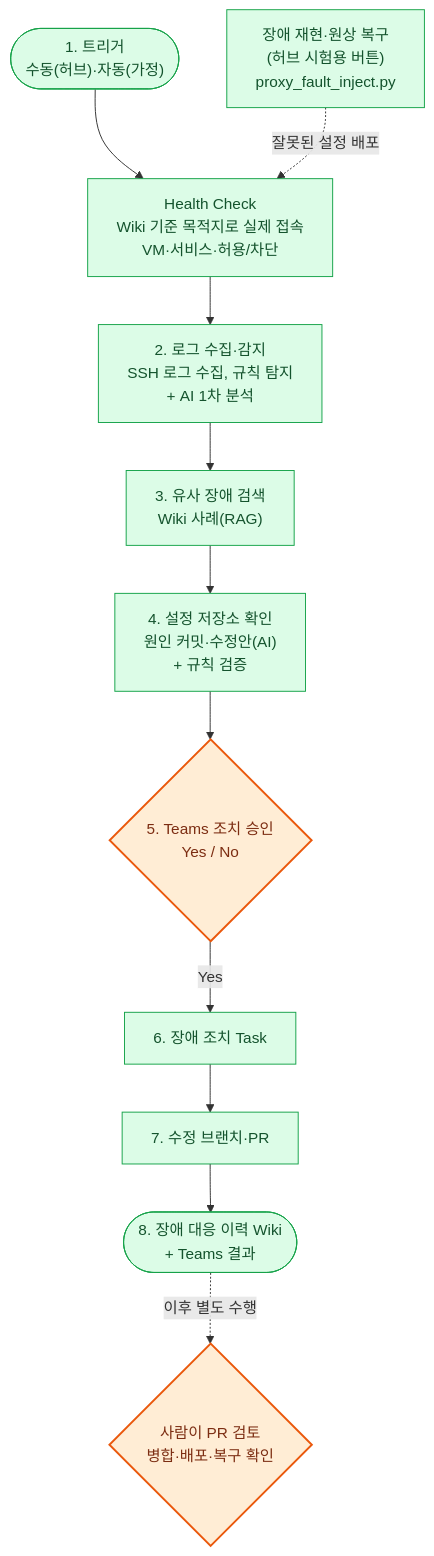
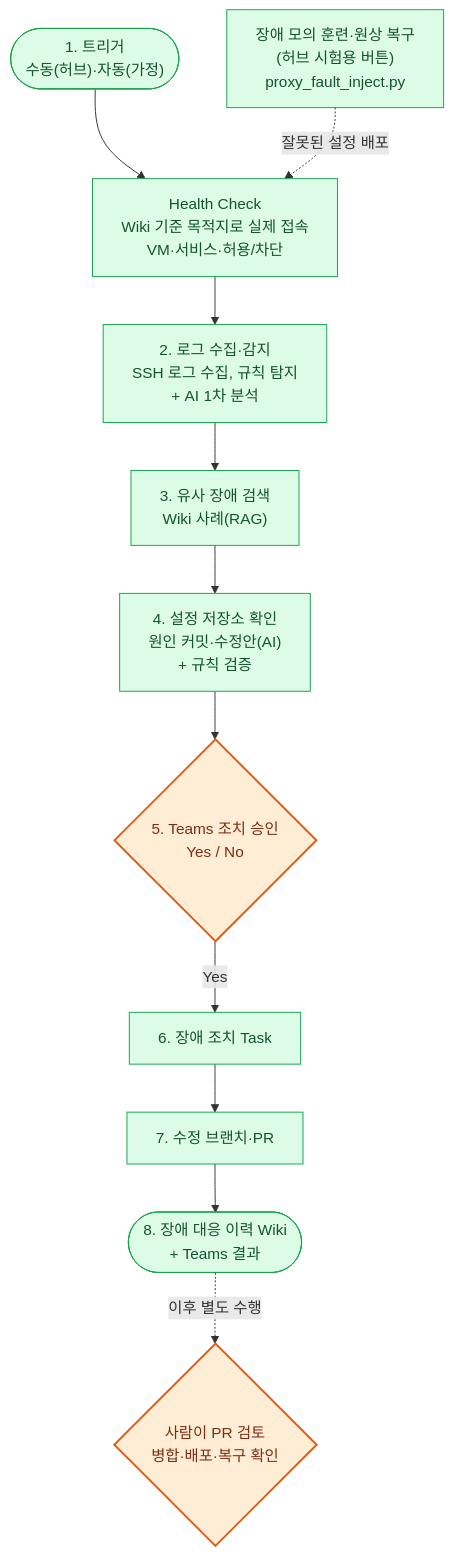
One commit to pcmola/ai-master changed the third of 10 diagrams in README.md. Above: the diagram before and after it, drawn with Mermaid. The commit also changed other lines of this file and 5 other files, not shown here.

````diff
--- a/README.md
+++ b/README.md
@@ -311,18 +311,18 @@
 ```mermaid
 flowchart TD
     t(["1. 트리거<br/>수동(허브)·자동(가정)"]) --> hc["Health Check<br/>Wiki 기준 목적지로 실제 접속<br/>VM·서비스·허용/차단"]
     hc --> d["2. 로그 수집·감지<br/>SSH 로그 수집, 규칙 탐지<br/>+ AI 1차 분석"]
     d --> sim["3. 유사 장애 검색<br/>Wiki 사례(RAG)"]
     sim --> src["4. 설정 저장소 확인<br/>원인 커밋·수정안(AI)<br/>+ 규칙 검증"]
     src --> ap{"5. Teams 조치 승인<br/>Yes / No"}
     ap -- "Yes" --> task["6. 장애 조치 Task"]
     task --> pr["7. 수정 브랜치·PR"]
     pr --> hist(["8. 장애 대응 이력 Wiki<br/>+ Teams 결과"])
     hist -. "이후 별도 수행" .-> review{"사람이 PR 검토<br/>병합·배포·복구 확인"}
-    inj["장애 재현·원상 복구<br/>(허브 시험용 버튼)<br/>proxy_fault_inject.py"] -. "잘못된 설정 배포" .-> hc
+    inj["장애 모의 훈련·원상 복구<br/>(허브 시험용 버튼)<br/>proxy_fault_inject.py"] -. "잘못된 설정 배포" .-> hc
 
     classDef done fill:#DCFCE7,stroke:#16A34A,color:#14532D
     classDef user fill:#FFEDD5,stroke:#EA580C,stroke-width:2px,color:#7C2D12
     class t,hc,d,sim,src,inj,task,pr,hist done
     class ap,review user
 ```
````
